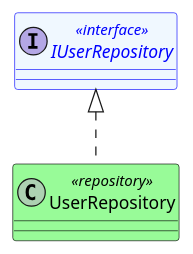
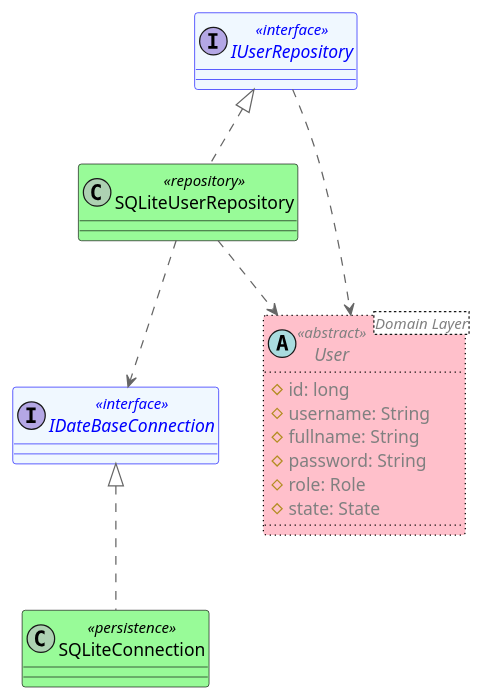
Before and after one commit to FernandoMulato/Piedrazul-Medical-Services-Network: the diagram in 1.Project-with_Monolithic_Architecture/mod_app_piedrazul_medical_services_network/Infrastructure/dClassInfrastructure.puml, drawn with PlantUML. The commit also changed 34 other files, not shown here.

```diff
--- a/1.Project-with_Monolithic_Architecture/mod_app_piedrazul_medical_services_network/Infrastructure/dClassInfrastructure.puml
+++ b/1.Project-with_Monolithic_Architecture/mod_app_piedrazul_medical_services_network/Infrastructure/dClassInfrastructure.puml
@@ -1,5 +1,35 @@
-interface IUserRepository <<interface>> #aliceblue;line:blue;text:blue {}
-      
-      class UserRepository <<repository>> #PaleGreen;line:Black;text:Black implements IUserRepository {
+@startuml InfrastructureClasses
 
-      }
+!include https://raw.githubusercontent.com/plantuml-stdlib/C4-PlantUML/master/C4_Deployment.puml
+
+interface IUserRepository <<interface>> #aliceblue;line:blue;text:blue {
+
+}
+
+class SQLiteUserRepository <<repository>> #PaleGreen;line:Black;text:Black implements IUserRepository {
+
+}
+
+interface IDateBaseConnection <<interface>> #aliceblue;line:blue;text:blue {
+
+}
+
+class SQLiteConnection <<persistence>> #PaleGreen;line:Black;text:Black implements IDateBaseConnection {
+
+} 
+
+' from domain layer
+abstract User<Domain Layer> <<abstract>> #Pink;line:Black;line.dotted;text:gray {
+  # id: long 
+  # username: String
+  # fullname: String
+  # password: String
+  # role: Role
+  # state: State
+}
+
+IUserRepository ..> User
+SQLiteUserRepository ..> IDateBaseConnection
+SQLiteUserRepository..> User
+
+@enduml
```
